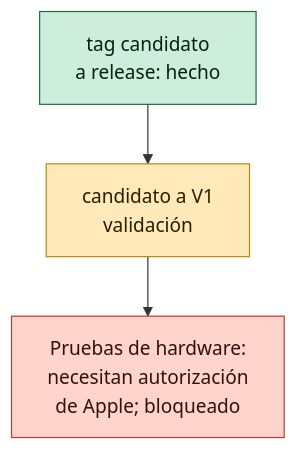
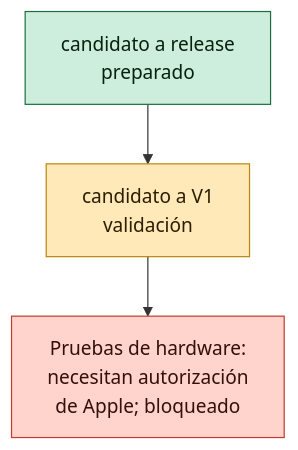
The diagram in docs/wiki/diagrams/roadmap-global-3-usb.es.mmd (MacGuard/macguard-yara-channel), drawn with Mermaid before and after one commit. The commit also changed 53 other files, not shown here.

```diff
--- a/docs/wiki/diagrams/roadmap-global-3-usb.es.mmd
+++ b/docs/wiki/diagrams/roadmap-global-3-usb.es.mmd
@@ -1,10 +1,10 @@
 %%{init: {"flowchart": {"wrappingWidth": 300}}}%%
 flowchart TB
-  U1["tag candidato<br/>a release: hecho"]:::done
+  U1["candidato a release<br/>preparado"]:::done
   U2["candidato a V1<br/>validación"]:::doing
   U3["Pruebas de hardware:<br/>necesitan autorización<br/>de Apple; bloqueado"]:::block
   U1 --> U2
   U2 --> U3
   classDef done fill:#cdeedd,stroke:#1b6e3c,color:#08210f
   classDef doing fill:#ffe9b8,stroke:#b8860b,color:#2b1d00
   classDef block fill:#ffd4cc,stroke:#c0392b,color:#33100b
```
